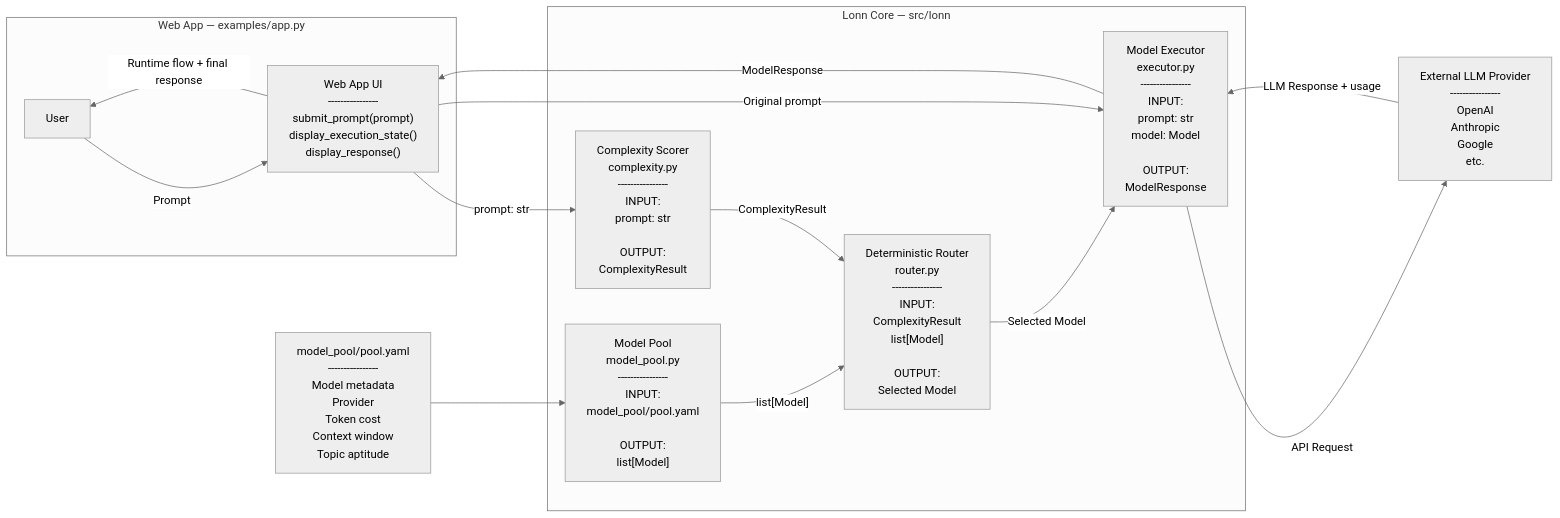
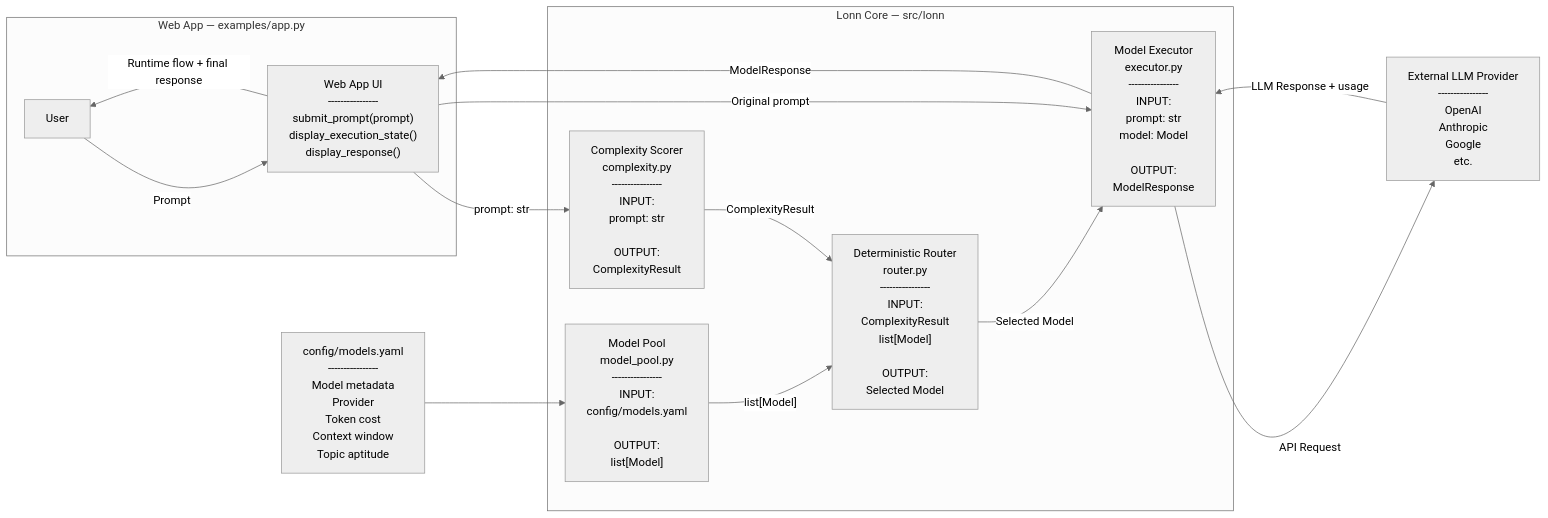
Before and after one commit to emrailklmin/Lonn: the first of 5 diagrams in docs/Prototype_architecture.md, drawn with Mermaid (neutral theme). The commit also changed other lines of this file and 23 other files, not shown here.

```diff
--- a/docs/Prototype_architecture.md
+++ b/docs/Prototype_architecture.md
@@ -70,7 +70,7 @@
         model_pool.py
         ----------------
         INPUT:
-        model_pool/pool.yaml
+        config/models.yaml
 
         OUTPUT:
         list[Model]"]
@@ -82,7 +82,7 @@
     %% CONFIGURATION
     %% =========================
 
-    CONFIG["model_pool/pool.yaml
+    CONFIG["config/models.yaml
     ----------------
     Model metadata
     Provider
```
